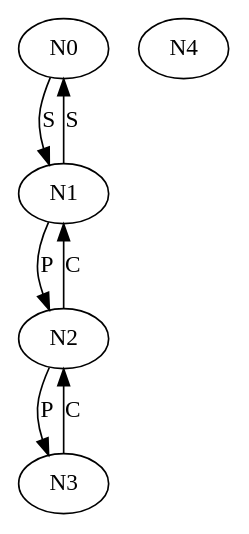
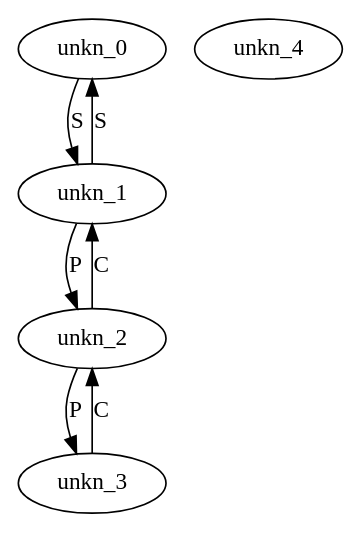
Before and after one commit to kaifastromai/kin: the diagram in nn_au.dot, drawn with Graphviz. The commit also changed 39 other files, not shown here.

```diff
--- a/nn_au.dot
+++ b/nn_au.dot
@@ -1,13 +1,13 @@
 digraph Test {
-    N0[label="N0"];
-    N1[label="N1"];
-    N2[label="N2"];
-    N3[label="N3"];
-    N4[label="N4"];
-    N1 -> N0[label="S"];
-    N0 -> N1[label="S"];
-    N1 -> N2[label="P"];
-    N2 -> N1[label="C"];
-    N2 -> N3[label="P"];
-    N3 -> N2[label="C"];
+    unkn_0[label="unkn_0"];
+    unkn_1[label="unkn_1"];
+    unkn_2[label="unkn_2"];
+    unkn_3[label="unkn_3"];
+    unkn_4[label="unkn_4"];
+    unkn_1 -> unkn_0[label="S"];
+    unkn_0 -> unkn_1[label="S"];
+    unkn_1 -> unkn_2[label="P"];
+    unkn_2 -> unkn_1[label="C"];
+    unkn_2 -> unkn_3[label="P"];
+    unkn_3 -> unkn_2[label="C"];
 }
```
